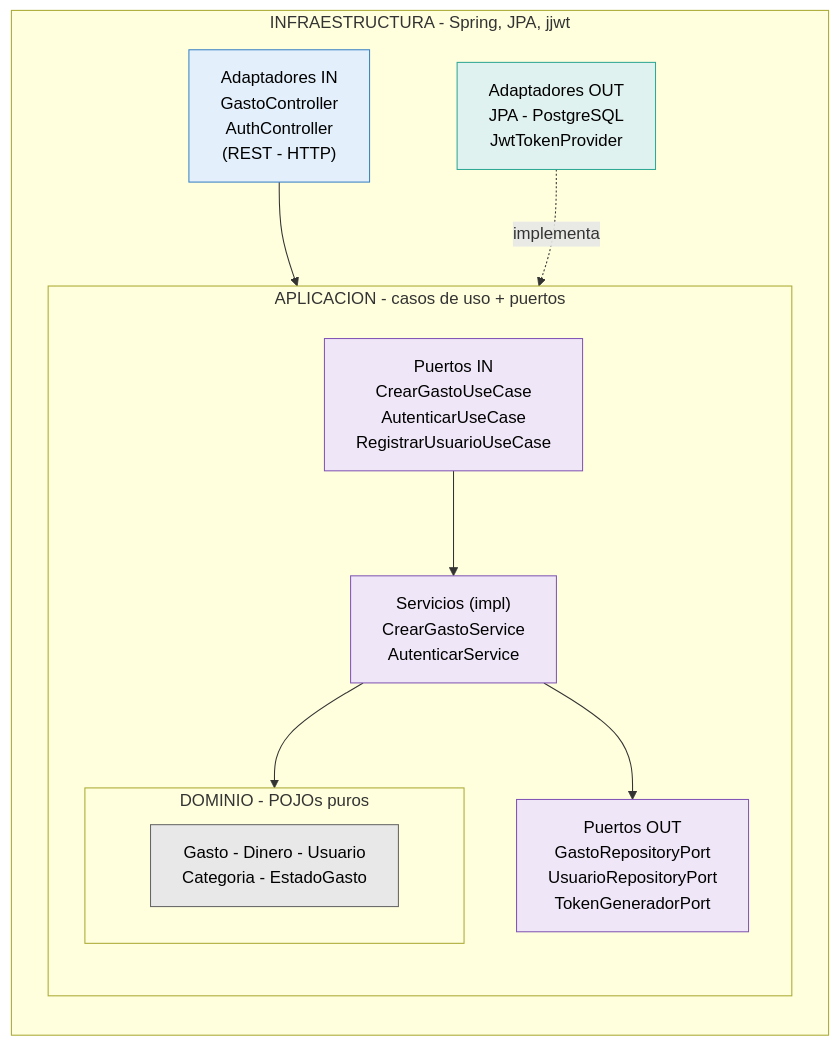
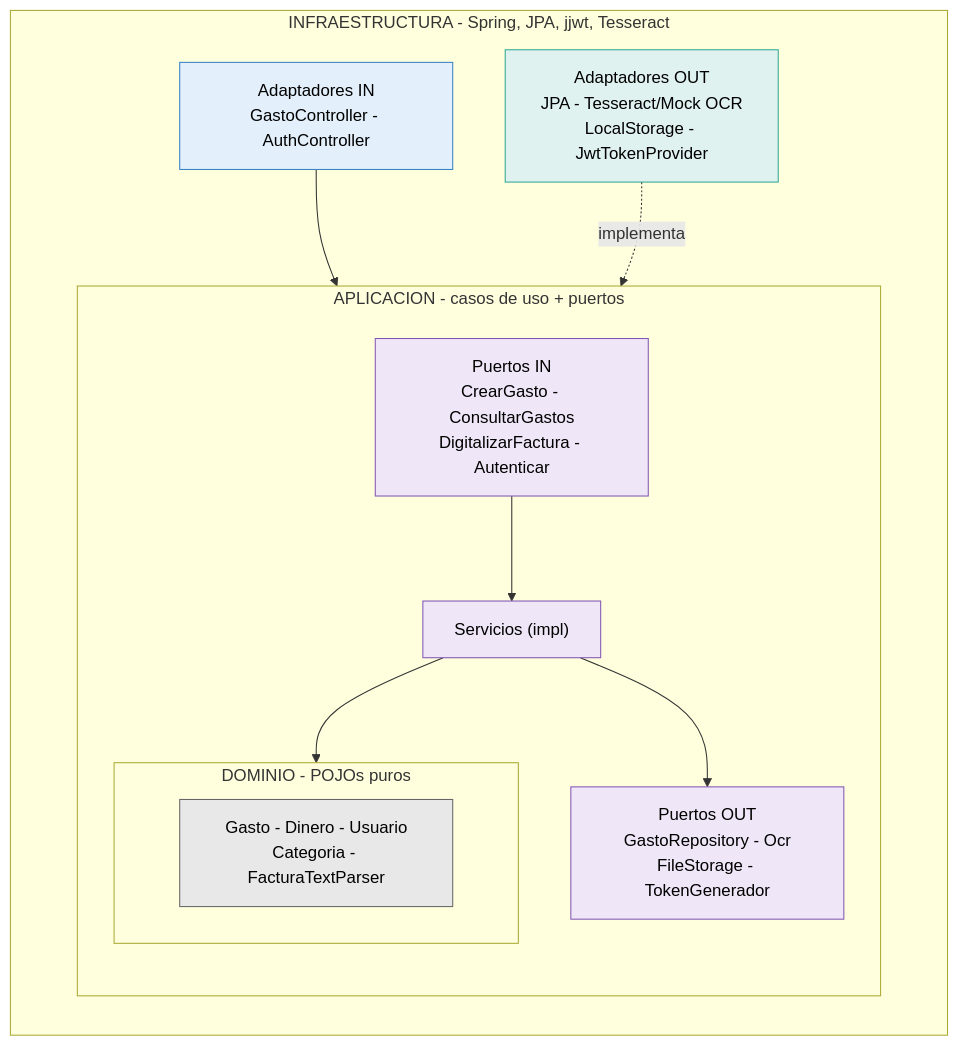
One commit to hagi33/GestionFacturas-api changed the diagram in README.md. Above: the diagram before and after it, drawn with Mermaid. The commit also changed other lines of this file, not shown here.

````diff
--- a/README.md
+++ b/README.md
@@ -55,32 +56,32 @@
 ```mermaid
 flowchart TB
-    subgraph INFRA["INFRAESTRUCTURA - Spring, JPA, jjwt"]
+    subgraph INFRA["INFRAESTRUCTURA - Spring, JPA, jjwt, Tesseract"]
         direction TB
         subgraph APP["APLICACION - casos de uso + puertos"]
             direction TB
             subgraph DOM["DOMINIO - POJOs puros"]
-                D1["Gasto - Dinero - Usuario<br/>Categoria - EstadoGasto"]
+                D1["Gasto - Dinero - Usuario<br/>Categoria - FacturaTextParser"]
             end
-            PIN["Puertos IN<br/>CrearGastoUseCase<br/>AutenticarUseCase<br/>RegistrarUsuarioUseCase"]
-            SVC["Servicios (impl)<br/>CrearGastoService<br/>AutenticarService"]
-            POUT["Puertos OUT<br/>GastoRepositoryPort<br/>UsuarioRepositoryPort<br/>TokenGeneradorPort"]
+            PIN["Puertos IN<br/>CrearGasto - ConsultarGastos<br/>DigitalizarFactura - Autenticar"]
+            SVC["Servicios (impl)"]
+            POUT["Puertos OUT<br/>GastoRepository - Ocr<br/>FileStorage - TokenGenerador"]
         end
-        AIN["Adaptadores IN<br/>GastoController<br/>AuthController<br/>(REST - HTTP)"]
-        AOUT["Adaptadores OUT<br/>JPA - PostgreSQL<br/>JwtTokenProvider"]
+        AIN["Adaptadores IN<br/>GastoController - AuthController"]
+        AOUT["Adaptadores OUT<br/>JPA - Tesseract/Mock OCR<br/>LocalStorage - JwtTokenProvider"]
     end
 
     AIN --> PIN
     PIN --> SVC
     SVC --> DOM
     SVC --> POUT
     AOUT -.implementa.-> POUT
 
     classDef dom fill:#e8e8e8,stroke:#666,color:#000
     classDef app fill:#efe6f7,stroke:#8257b5,color:#000
     classDef adin fill:#e3f0fb,stroke:#3b82c4,color:#000
     classDef adout fill:#e0f2ef,stroke:#2fa894,color:#000
     class D1 dom
     class PIN,SVC,POUT app
     class AIN adin
     class AOUT adout
 ```
````
